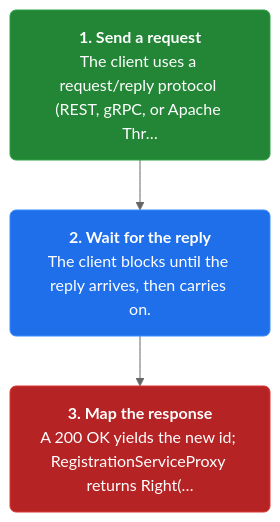
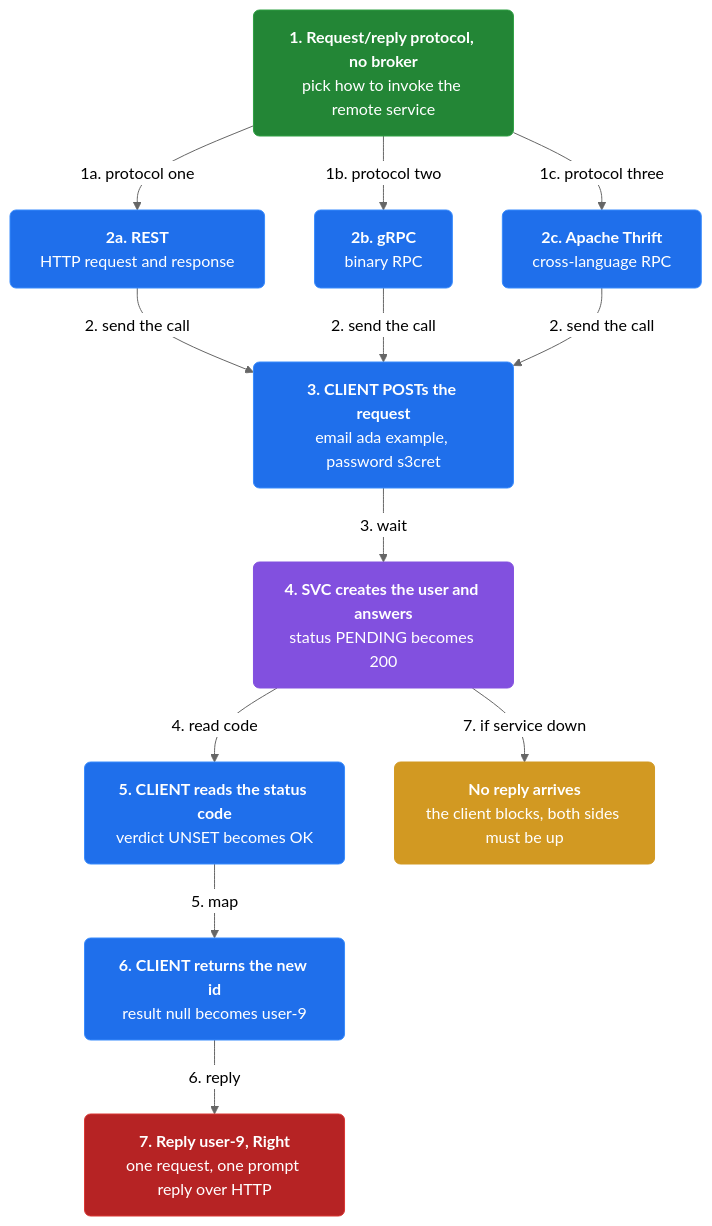
One commit to vinayakuber/microservices-io-study-guide changed the first of 4 diagrams in docs/ch06-remote-procedure-invocation.md. Above: the diagram before and after it, drawn with Mermaid (neutral theme). The commit also changed other lines of this file and 46 other files, not shown here.

First line of the commit message:
Author rich branching flow diagrams for all 44 chapters

````diff
--- a/docs/ch06-remote-procedure-invocation.md
+++ b/docs/ch06-remote-procedure-invocation.md
@@ -13,11 +13,29 @@
 ```mermaid
 flowchart TD
-  classDef step fill:#1f6feb,color:#ffffff,stroke:#388bfd,stroke-width:1px,rx:6
+  classDef step fill:#1f6feb,color:#ffffff,stroke:#388bfd,rx:6
+  classDef core fill:#8250df,color:#ffffff,stroke:#8250df,rx:6
+  classDef warn fill:#d29922,color:#ffffff,stroke:#d29922,rx:6
   classDef start fill:#238636,color:#ffffff,stroke:#2ea043,rx:6
   classDef stop fill:#b62324,color:#ffffff,stroke:#da3633,rx:6
-  s0n0["<b>1. Send a request</b><br/>The client uses a request/reply protocol (REST, gRPC, or Apache Thr…"]:::start
-  s0n1["<b>2. Wait for the reply</b><br/>The client blocks until the reply arrives, then carries on."]:::step
-  s0n2["<b>3. Map the response</b><br/>A 200 OK yields the new id; RegistrationServiceProxy returns Right(…"]:::stop
-  s0n0 --> s0n1
-  s0n1 --> s0n2
+  n0["<b>1. Request/reply protocol, no broker</b><br/>pick how to invoke the remote service"]:::start
+  n1["<b>2a. REST</b><br/>HTTP request and response"]:::step
+  n2["<b>2b. gRPC</b><br/>binary RPC"]:::step
+  n3["<b>2c. Apache Thrift</b><br/>cross-language RPC"]:::step
+  n4["<b>3. CLIENT POSTs the request</b><br/>email ada example, password s3cret"]:::step
+  n5["<b>4. SVC creates the user and answers</b><br/>status PENDING becomes 200"]:::core
+  n6["<b>5. CLIENT reads the status code</b><br/>verdict UNSET becomes OK"]:::step
+  n7["<b>6. CLIENT returns the new id</b><br/>result null becomes user-9"]:::step
+  n8["<b>7. Reply user-9, Right</b><br/>one request, one prompt reply over HTTP"]:::stop
+  n9["<b>No reply arrives</b><br/>the client blocks, both sides must be up"]:::warn
+  n0 -->|"1a. protocol one"| n1
+  n0 -->|"1b. protocol two"| n2
+  n0 -->|"1c. protocol three"| n3
+  n1 -->|"2. send the call"| n4
+  n2 -->|"2. send the call"| n4
+  n3 -->|"2. send the call"| n4
+  n4 -->|"3. wait"| n5
+  n5 -->|"4. read code"| n6
+  n6 -->|"5. map"| n7
+  n7 -->|"6. reply"| n8
+  n5 -->|"7. if service down"| n9
 ```
````
